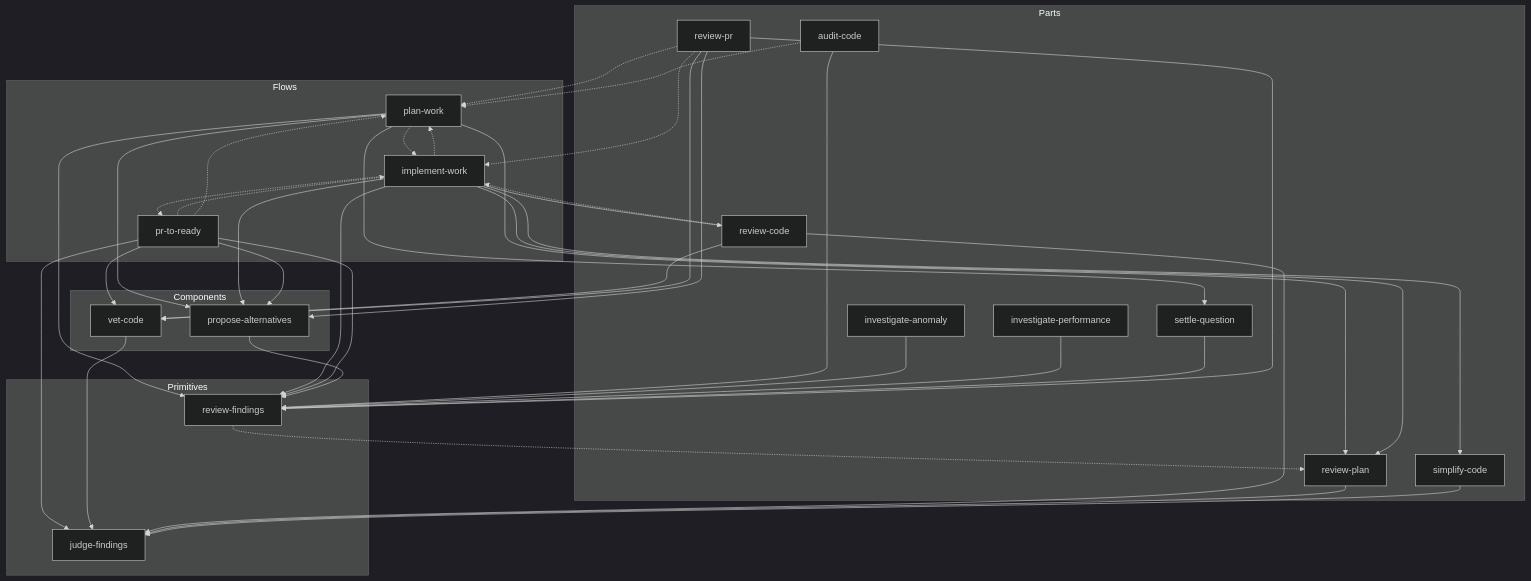
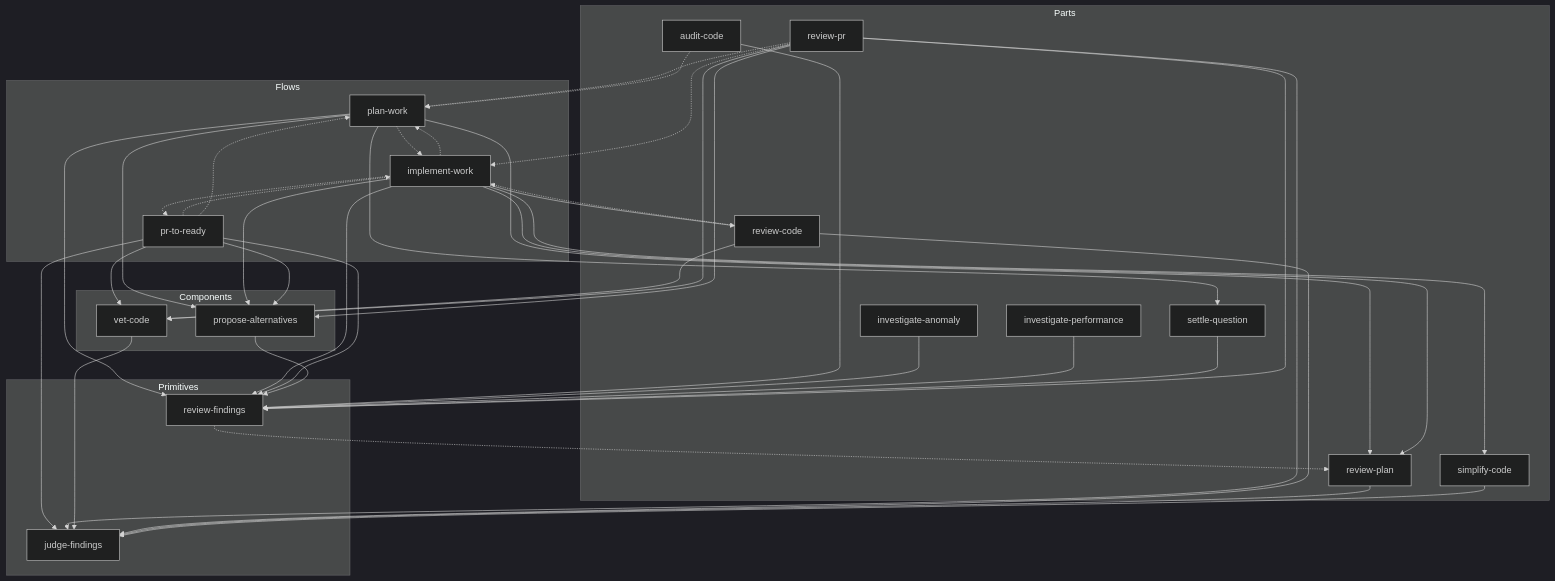
One commit to yowcow/dude changed the first of 2 diagrams in README.md. Above: the diagram before and after it, drawn with Mermaid (dark theme). The commit also changed 2 other files, not shown here.

Commit message:
review-pr: 前回の自分の指摘を judge-findings で判定し、vet-code に earlier rounds' record として渡す (#835)

````diff
--- a/README.md
+++ b/README.md
@@ -38,64 +38,65 @@
 ```mermaid
 flowchart TB
   subgraph Flows
     plan-work
     implement-work
     pr-to-ready
   end
   subgraph Parts
     review-code
     review-plan
     simplify-code
     review-pr
     audit-code
     settle-question
     investigate-anomaly
     investigate-performance
   end
   subgraph Components
     vet-code
     propose-alternatives
   end
   subgraph Primitives
     judge-findings
     review-findings
   end
 
   plan-work -.-> implement-work
   implement-work -.-> plan-work
   implement-work -.-> pr-to-ready
   pr-to-ready -.-> implement-work
   pr-to-ready -.-> plan-work
   review-code -.-> implement-work
   review-pr -.-> implement-work
   review-pr -.-> plan-work
   audit-code -.-> plan-work
   review-findings -.-> review-plan
 
   plan-work --> review-plan
   plan-work --> settle-question
   plan-work --> propose-alternatives
   plan-work --> review-findings
   implement-work --> review-code
   implement-work --> review-plan
   implement-work --> simplify-code
   implement-work --> propose-alternatives
   implement-work --> review-findings
   pr-to-ready --> vet-code
   pr-to-ready --> judge-findings
   pr-to-ready --> propose-alternatives
   pr-to-ready --> review-findings
   audit-code --> review-findings
   investigate-anomaly --> review-findings
   investigate-performance --> review-findings
   settle-question --> review-findings
   review-code --> vet-code
   review-pr --> vet-code
+  review-pr --> judge-findings
   review-pr --> propose-alternatives
   review-pr --> review-findings
   propose-alternatives --> review-findings
   vet-code --> judge-findings
   review-code --> judge-findings
   review-plan --> judge-findings
   simplify-code --> judge-findings
 ```
````
